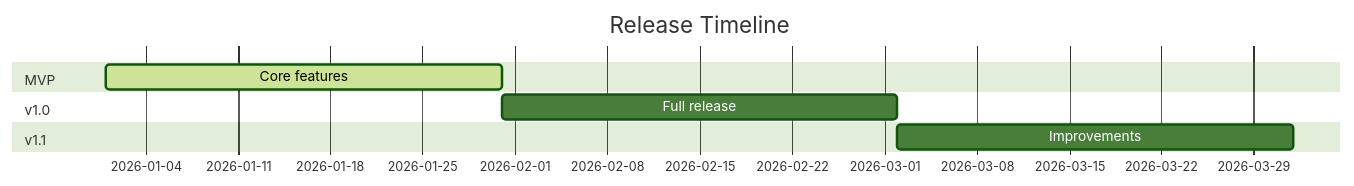
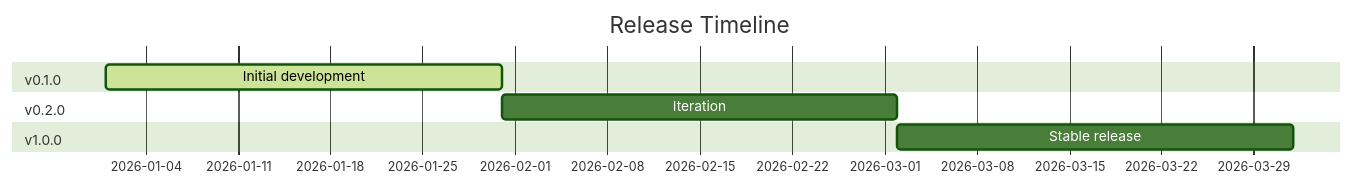
The diagram in .cursor/templates/docs-roadmap.md (dam2onkid/everything-cursor), drawn with Mermaid (forest theme) before and after one commit. The commit also changed other lines of this file and 19 other files, not shown here.

````diff
--- a/.cursor/templates/docs-roadmap.md
+++ b/.cursor/templates/docs-roadmap.md
@@ -21,11 +23,11 @@
 ```mermaid
 gantt
     title Release Timeline
     dateFormat YYYY-MM-DD
-    section MVP
-        Core features     :active, mvp, 2026-01-01, 30d
-    section v1.0
-        Full release      :v1, after mvp, 30d
-    section v1.1
-        Improvements      :v11, after v1, 30d
+    section v0.1.0
+        Initial development :active, v010, 2026-01-01, 30d
+    section v0.2.0
+        Iteration           :v020, after v010, 30d
+    section v1.0.0
+        Stable release      :v100, after v020, 30d
 ```
````
